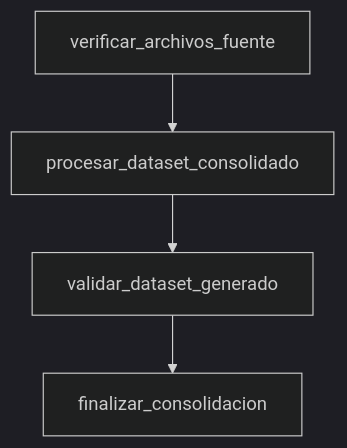
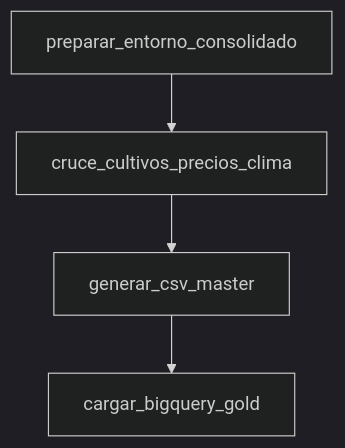
The third of 3 diagrams in 1.3.1.2 DOCUMENTACION_DAGS.md (jjvallej/enigma_pyImport), drawn with Mermaid (dark theme) before and after one commit. The commit also changed other lines of this file and 54 other files, not shown here.

````diff
--- a/1.3.1.2 DOCUMENTACION_DAGS.md
+++ b/1.3.1.2 DOCUMENTACION_DAGS.md
@@ -226,6 +216,6 @@
-```mermaid
-graph TD
-    A["verificar_archivos_fuente"] --> B["procesar_dataset_consolidado"]
-    B --> C["validar_dataset_generado"]
-    C --> D["finalizar_consolidacion"]
-```
+  ```mermaid
+  graph TD
+      A["preparar_entorno_consolidado"] --> B["cruce_cultivos_precios_clima"]
+      B --> C["generar_csv_master"]
+      C --> D["cargar_bigquery_gold"]
+  ```
````
